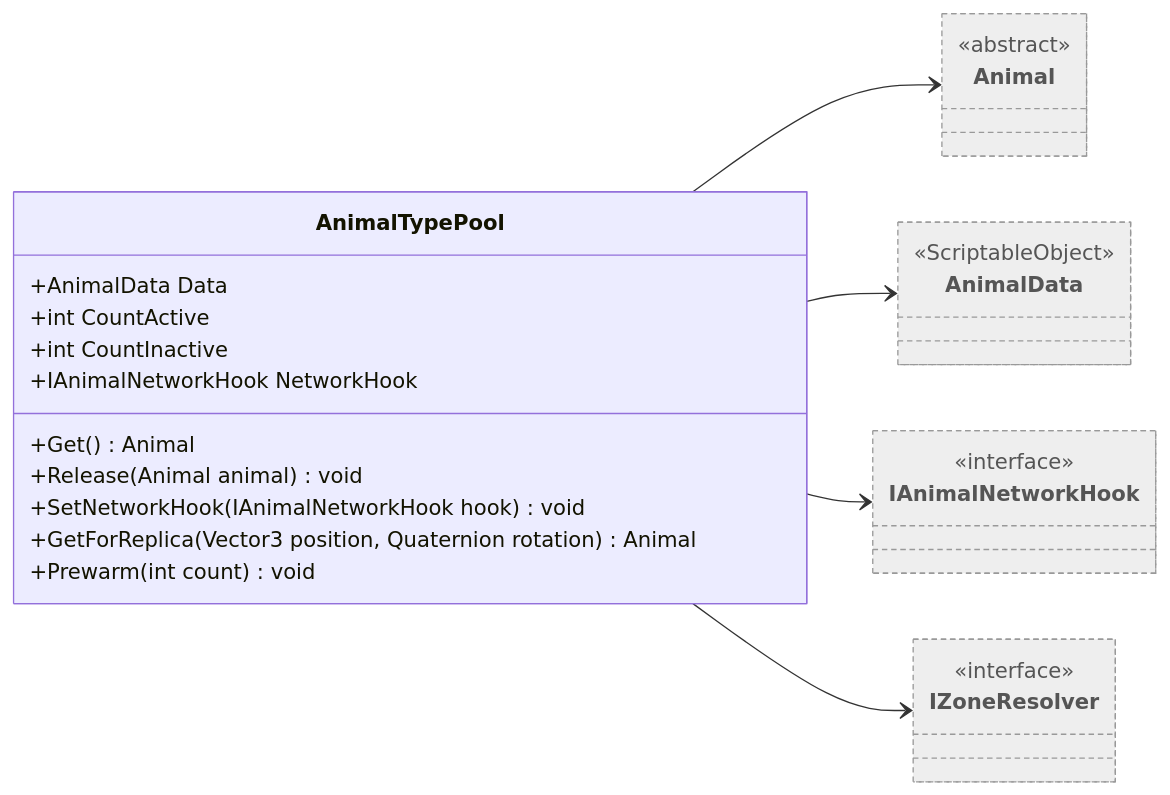
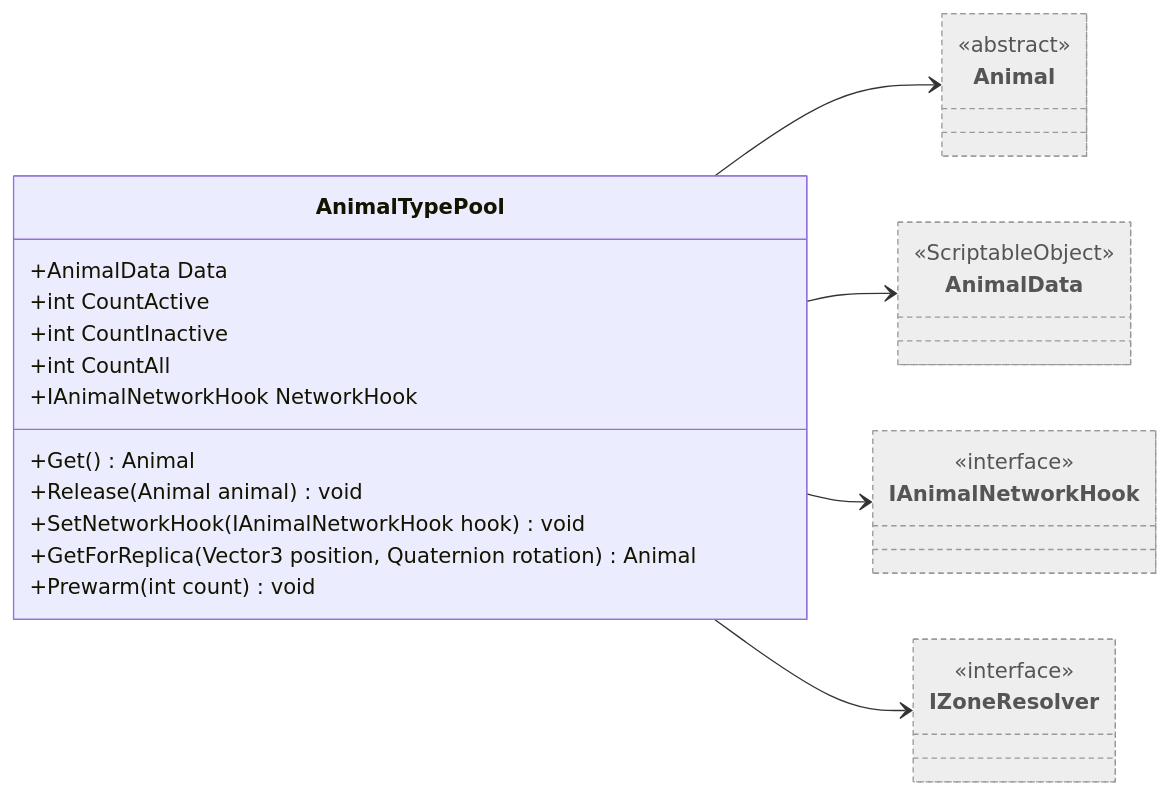
One commit to Chacashi/Alien-Farms changed the diagram in Docs/Arquitectura/Clases/Animals/AnimalTypePool.md. Above: the diagram before and after it, drawn with Mermaid. The commit also changed other lines of this file and 257 other files, not shown here.

````diff
--- a/Docs/Arquitectura/Clases/Animals/AnimalTypePool.md
+++ b/Docs/Arquitectura/Clases/Animals/AnimalTypePool.md
@@ -15,28 +15,29 @@
 ```mermaid
 classDiagram
   direction LR
   class AnimalTypePool {
     +AnimalData Data
     +int CountActive
     +int CountInactive
+    +int CountAll
     +IAnimalNetworkHook NetworkHook
     +Get() Animal
     +Release(Animal animal) void
     +SetNetworkHook(IAnimalNetworkHook hook) void
     +GetForReplica(Vector3 position, Quaternion rotation) Animal
     +Prewarm(int count) void
   }
   class Animal:::external
   <<abstract>> Animal
   class AnimalData:::external
   <<ScriptableObject>> AnimalData
   class IAnimalNetworkHook:::external
   <<interface>> IAnimalNetworkHook
   class IZoneResolver:::external
   <<interface>> IZoneResolver
   AnimalTypePool --> Animal
   AnimalTypePool --> AnimalData
   AnimalTypePool --> IAnimalNetworkHook
   AnimalTypePool --> IZoneResolver
   classDef external fill:#eee,stroke:#999,stroke-dasharray: 4 3,color:#555
 ```
````
